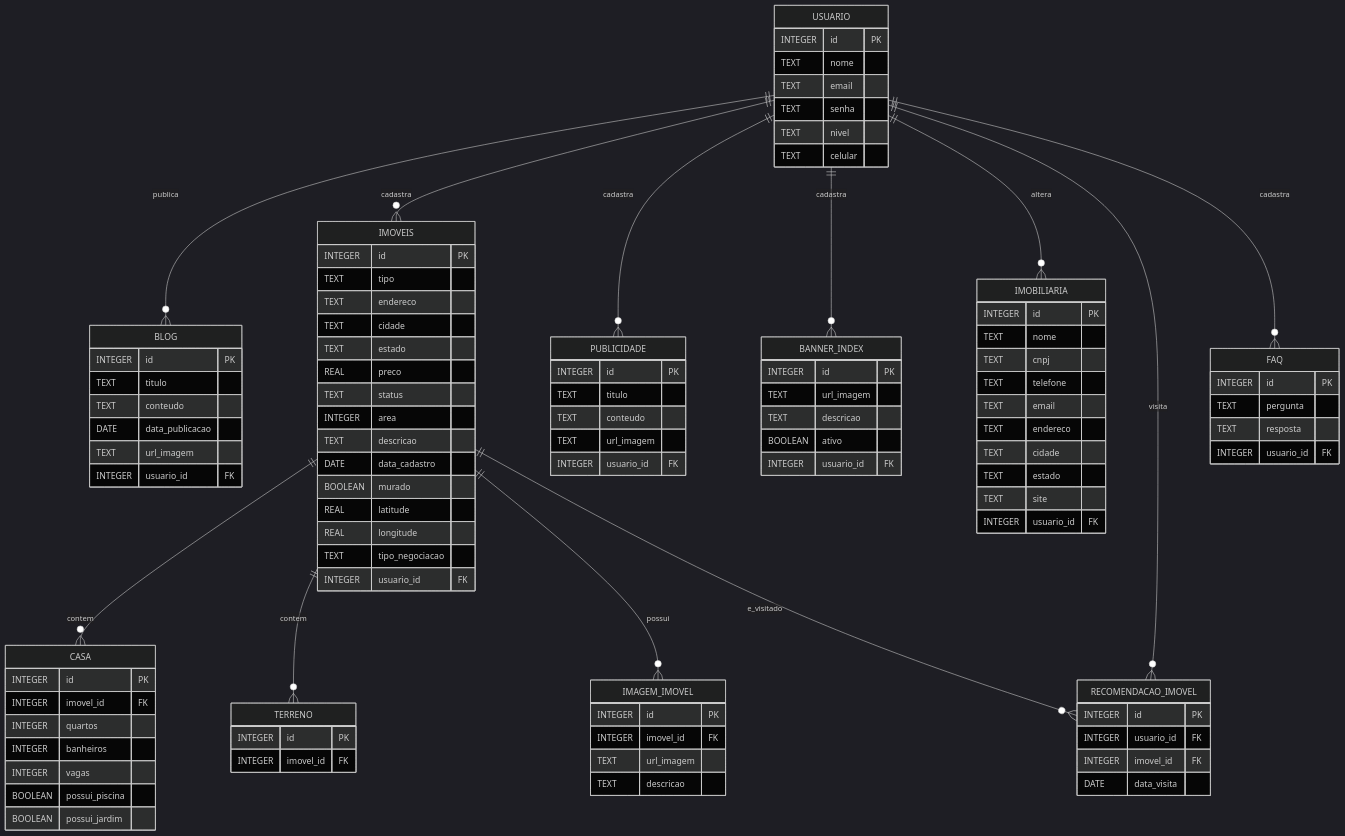
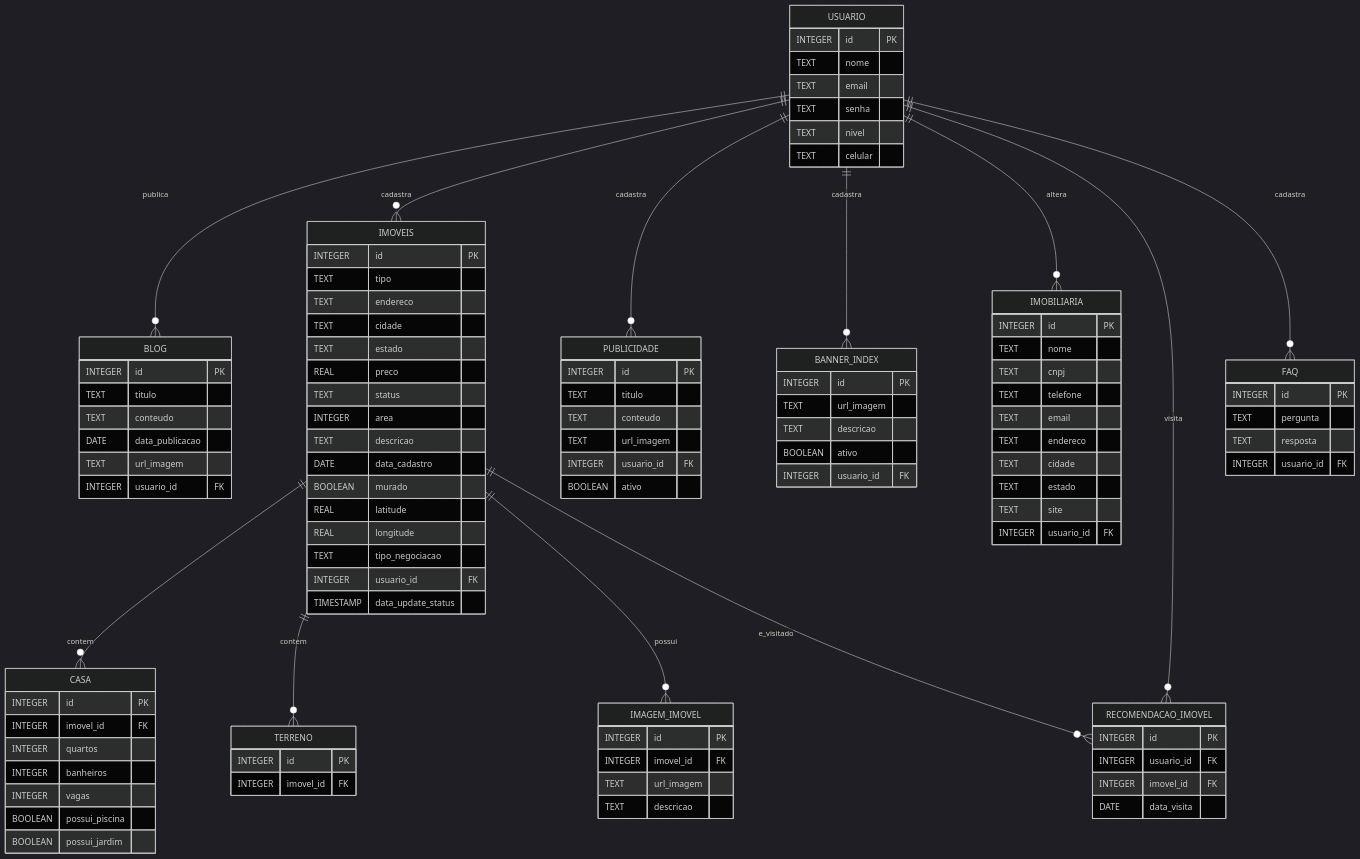
Before and after one commit to laboratorio-de-praticas-2025-2/banco-de-dados: the diagram in v2/imoveis_diagrama.mmd, drawn with Mermaid (dark theme). The commit also changed 10 other files, not shown here.

```diff
--- a/v2/imoveis_diagrama.mmd
+++ b/v2/imoveis_diagrama.mmd
@@ -1,105 +1,107 @@
 %% Diagrama ER dos imóveis
 
 %% Apenas usuários com nivel 'administrador' podem cadastrar notícias, imóveis, publicidade, imagens no banner, alterar os dados da imobiliária e gravar perguntas/respostas na FAQ.
 erDiagram
 IMOBILIARIA {
   INTEGER id PK
   TEXT nome
   TEXT cnpj
   TEXT telefone
   TEXT email
   TEXT endereco
   TEXT cidade
   TEXT estado
   TEXT site
   INTEGER usuario_id FK
 }
 IMOVEIS {
   INTEGER id PK
   TEXT tipo
   TEXT endereco
   TEXT cidade
   TEXT estado
   REAL preco
   TEXT status
   INTEGER area
   TEXT descricao
   DATE data_cadastro
   BOOLEAN murado
   REAL latitude
   REAL longitude
   TEXT tipo_negociacao
   INTEGER usuario_id FK
+  TIMESTAMP data_update_status
 }
 CASA {
   INTEGER id PK
   INTEGER imovel_id FK
   INTEGER quartos
   INTEGER banheiros
   INTEGER vagas
   BOOLEAN possui_piscina
   BOOLEAN possui_jardim
 }
 TERRENO {
   INTEGER id PK
   INTEGER imovel_id FK
 }
 USUARIO {
   INTEGER id PK
   TEXT nome
   TEXT email
   TEXT senha
   TEXT nivel
   TEXT celular
 }
 BLOG {
   INTEGER id PK
   TEXT titulo
   TEXT conteudo
   DATE data_publicacao
   TEXT url_imagem
   INTEGER usuario_id FK
 }
 PUBLICIDADE {
   INTEGER id PK
   TEXT titulo
   TEXT conteudo
   TEXT url_imagem
   INTEGER usuario_id FK
+  BOOLEAN ativo
 }
 IMAGEM_IMOVEL {
   INTEGER id PK
   INTEGER imovel_id FK
   TEXT url_imagem
   TEXT descricao
 }
 BANNER_INDEX {
   INTEGER id PK
   TEXT url_imagem
   TEXT descricao
   BOOLEAN ativo
   INTEGER usuario_id FK
 }
 RECOMENDACAO_IMOVEL {
   INTEGER id PK
   INTEGER usuario_id FK
   INTEGER imovel_id FK
   DATE data_visita
 }
 FAQ {
   INTEGER id PK
   TEXT pergunta
   TEXT resposta
   INTEGER usuario_id FK
 }
 USUARIO ||--o{ BLOG : publica
 USUARIO ||--o{ IMOVEIS : cadastra
 USUARIO ||--o{ PUBLICIDADE : cadastra
 USUARIO ||--o{ BANNER_INDEX : cadastra
 USUARIO ||--o{ IMOBILIARIA : altera
 USUARIO ||--o{ RECOMENDACAO_IMOVEL : visita
 USUARIO ||--o{ FAQ : cadastra
 IMOVEIS ||--o{ CASA : contem
 IMOVEIS ||--o{ TERRENO : contem
 IMOVEIS ||--o{ IMAGEM_IMOVEL : possui
 IMOVEIS ||--o{ RECOMENDACAO_IMOVEL : e_visitado
```
